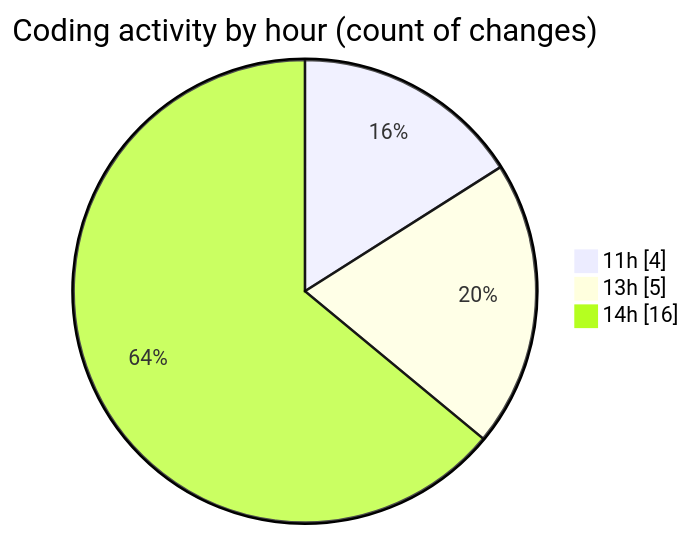
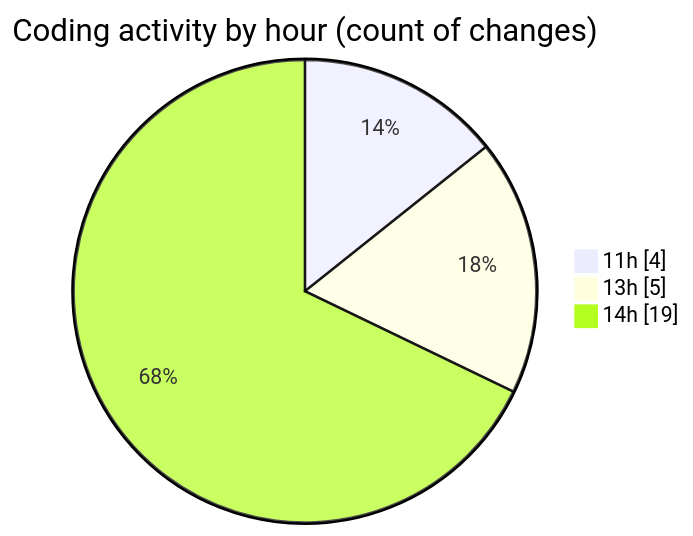
Before and after one commit to momahboobian/code-tracking: the second of 2 diagrams in 2025-05-13/cda/README.md, drawn with Mermaid. The commit also changed other lines of this file and 1 other file, not shown here.

````diff
--- a/2025-05-13/cda/README.md
+++ b/2025-05-13/cda/README.md
@@ -40,7 +41,7 @@
 ```mermaid
 pie showData
 title Coding activity by hour (count of changes)
 "11h" : 4
 "13h" : 5
-"14h" : 16
+"14h" : 19
 ```
````
